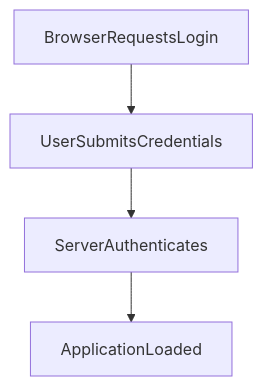
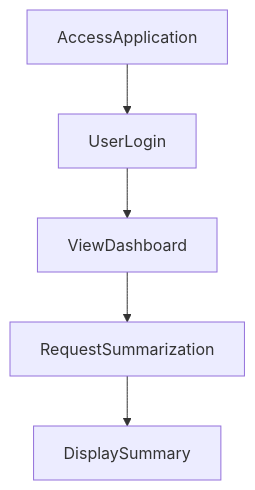
The second of 2 diagrams in README.md (yogithasivakumar/FocusZen), drawn with Mermaid before and after one commit. The commit also changed other lines of this file, not shown here.

````diff
--- a/README.md
+++ b/README.md
@@ -23,6 +21,7 @@
 ```mermaid
 flowchart TD
-    BrowserRequestsLogin --> UserSubmitsCredentials
-    UserSubmitsCredentials --> ServerAuthenticates
-    ServerAuthenticates --> ApplicationLoaded
+    AccessApplication --> UserLogin
+    UserLogin --> ViewDashboard
+    ViewDashboard --> RequestSummarization
+    RequestSummarization --> DisplaySummary
 ```
````
